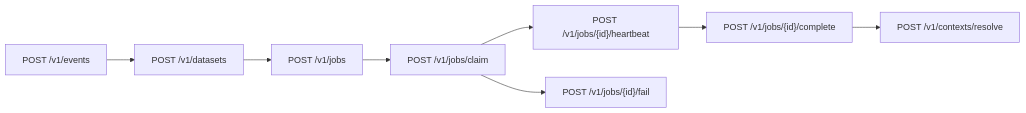
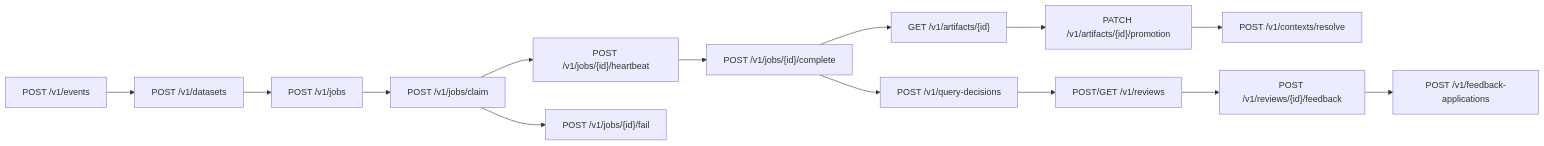
Before and after one commit to KDBRonaldo/OpenEvo: the third of 4 diagrams in docs/architecture/evolution-backend.md, drawn with Mermaid. The commit also changed other lines of this file and 22 other files, not shown here.

````diff
--- a/docs/architecture/evolution-backend.md
+++ b/docs/architecture/evolution-backend.md
@@ -118,17 +118,24 @@
 ```mermaid
 flowchart LR
     Events["POST /v1/events"]
     Datasets["POST /v1/datasets"]
     Jobs["POST /v1/jobs"]
     Claim["POST /v1/jobs/claim"]
     Heartbeat["POST /v1/jobs/{id}/heartbeat"]
     Complete["POST /v1/jobs/{id}/complete"]
     Fail["POST /v1/jobs/{id}/fail"]
+    ArtifactRead["GET /v1/artifacts/{id}"]
+    Promote["PATCH /v1/artifacts/{id}/promotion"]
     Resolve["POST /v1/contexts/resolve"]
+    Reviews["POST/GET /v1/reviews"]
+    Feedback["POST /v1/reviews/{id}/feedback"]
+    Query["POST /v1/query-decisions"]
+    Applications["POST /v1/feedback-applications"]
 
     Events --> Datasets
     Datasets --> Jobs
     Jobs --> Claim --> Heartbeat --> Complete
     Claim --> Fail
-    Complete --> Resolve
+    Complete --> ArtifactRead --> Promote --> Resolve
+    Complete --> Query --> Reviews --> Feedback --> Applications
 ```
````
